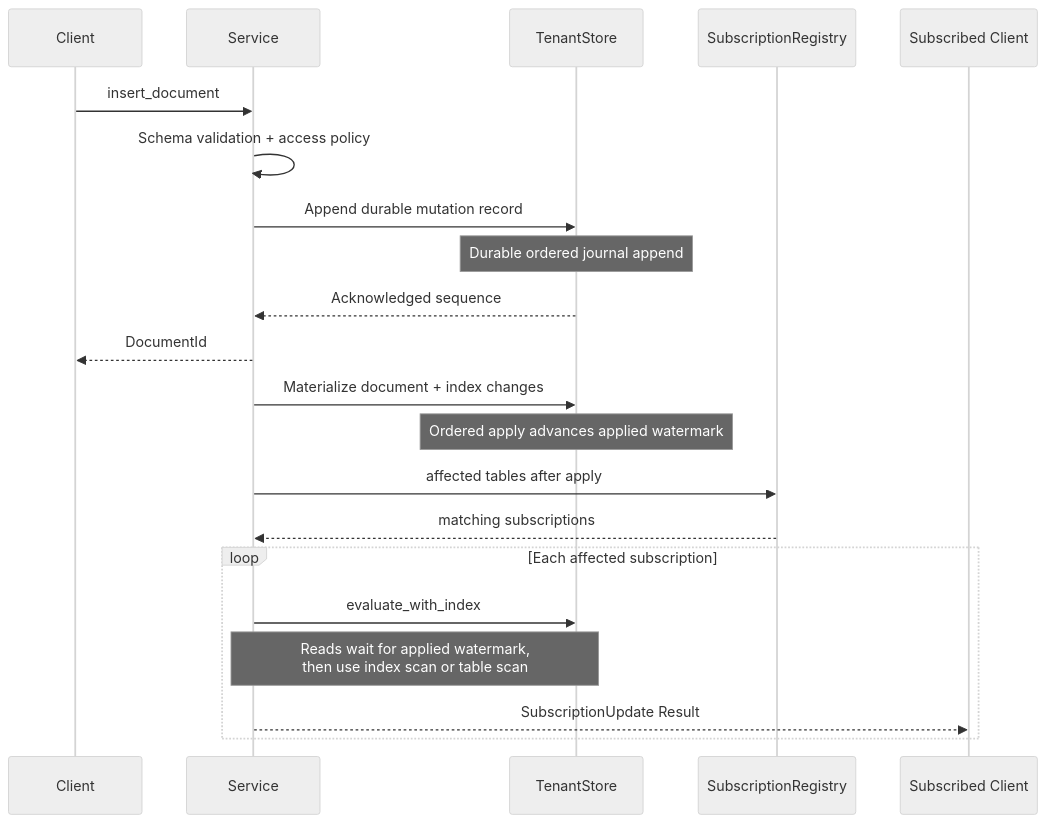
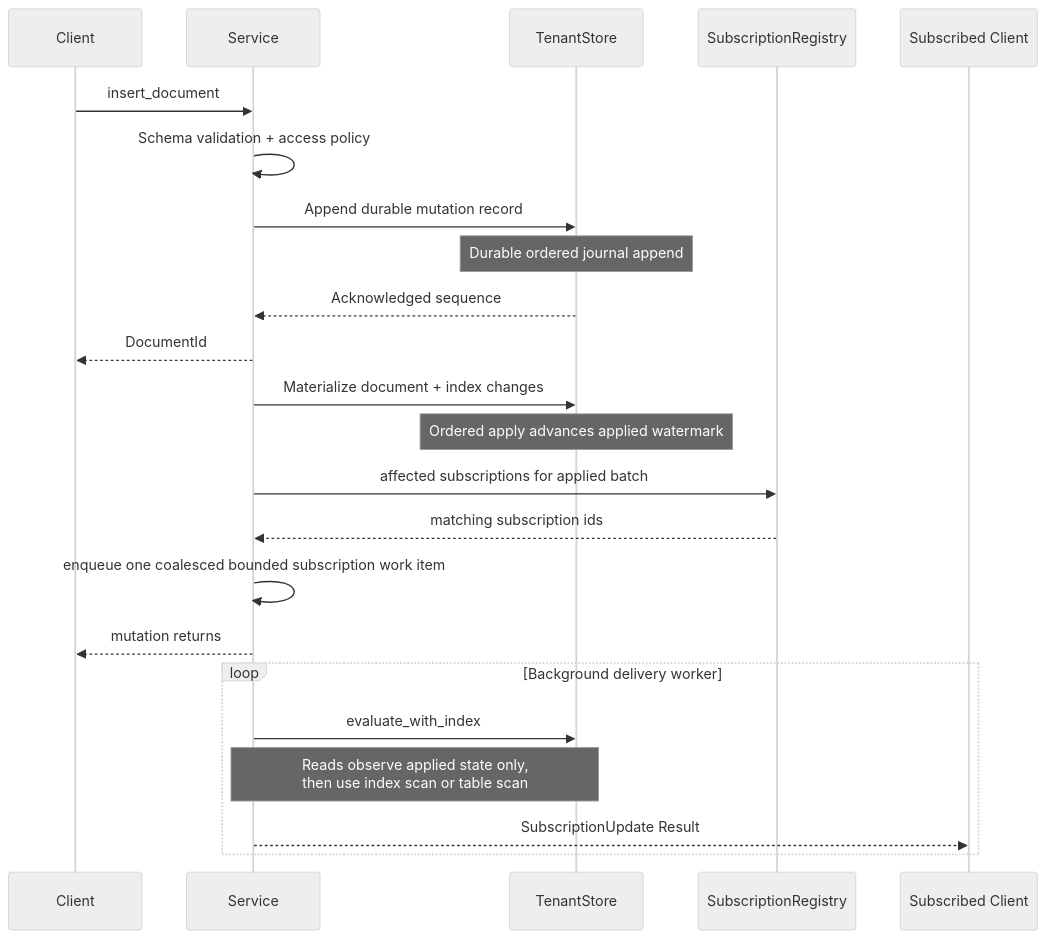
The third of 5 diagrams in ARCHITECTURE.md (nimbus/nimbus), drawn with Mermaid (neutral theme) before and after one commit. The commit also changed other lines of this file and 16 other files, not shown here.

````diff
--- a/ARCHITECTURE.md
+++ b/ARCHITECTURE.md
@@ -312,26 +338,28 @@
 ```mermaid
 sequenceDiagram
     participant C as Client
     participant Svc as Service
     participant St as TenantStore
     participant Sub as SubscriptionRegistry
     participant WS as Subscribed Client
 
     C->>Svc: insert_document
     Svc->>Svc: Schema validation + access policy
     Svc->>St: Append durable mutation record
     Note over St: Durable ordered journal append
     St-->>Svc: Acknowledged sequence
     Svc-->>C: DocumentId
 
     Svc->>St: Materialize document + index changes
     Note over St: Ordered apply advances applied watermark
-    Svc->>Sub: affected tables after apply
-    Sub-->>Svc: matching subscriptions
+    Svc->>Sub: affected subscriptions for applied batch
+    Sub-->>Svc: matching subscription ids
+    Svc->>Svc: enqueue one coalesced bounded subscription work item
+    Svc-->>C: mutation returns
 
-    loop Each affected subscription
+    loop Background delivery worker
         Svc->>St: evaluate_with_index
-        Note over Svc,St: Reads wait for applied watermark,<br/>then use index scan or table scan
+        Note over Svc,St: Reads observe applied state only,<br/>then use index scan or table scan
         Svc-->>WS: SubscriptionUpdate Result
     end
 ```
````
